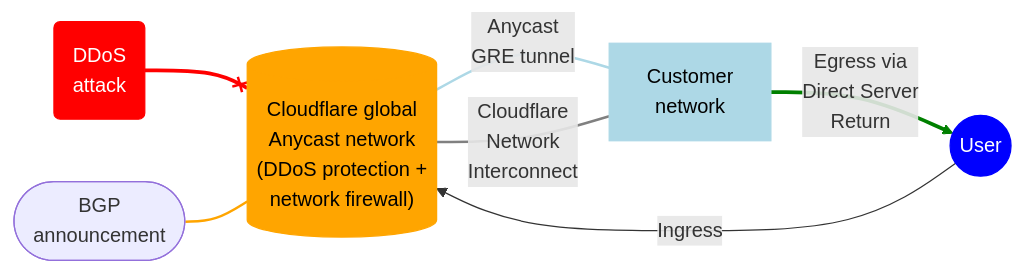
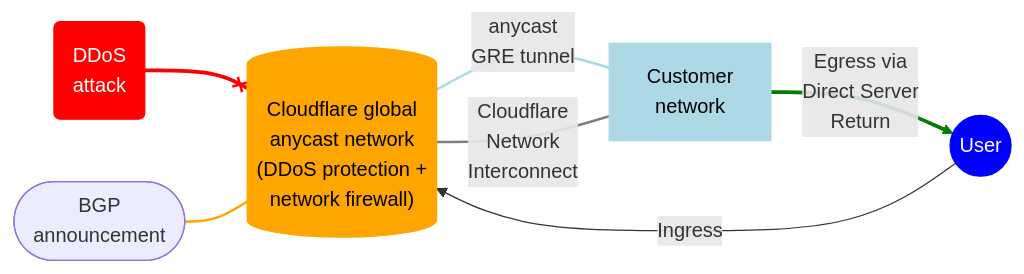
The diagram in content/magic-transit/about.md (cloudflare/cloudflare-docs), drawn with Mermaid before and after one commit. The commit also changed other lines of this file and 13 other files, not shown here.

````diff
--- a/content/magic-transit/about.md
+++ b/content/magic-transit/about.md
@@ -21,28 +21,28 @@
 ```mermaid
 flowchart LR
 accTitle: Magic Transit
 accDescr: Diagram showing how Magic Transit protects traffic on the customer's network.
 
 A(DDoS <br> attack)
-B[("Cloudflare global <br> Anycast network <br> (DDoS protection + <br> network firewall)")]
+B[("Cloudflare global <br> anycast network <br> (DDoS protection + <br> network firewall)")]
 C[Customer <br> network]
 D((User))
 E([BGP <br> announcement])
 
 A --x B
 E --- B
-B-- Anycast <br> GRE tunnel ---C
+B-- anycast <br> GRE tunnel ---C
 B-- Cloudflare <br> Network <br> Interconnect ---C
 C-- Egress via <br> Direct Server <br> Return --> D
 D -- Ingress --> B
 
 style A stroke: red,fill: red,color: white
 style B stroke: orange,fill: orange,color: black
 style C stroke: #ADD8E6,fill: #ADD8E6,color: black
 style D stroke: blue,fill: blue,color: white
 linkStyle 0 stroke-width:3px,stroke:red
 linkStyle 1 stroke-width:2px,stroke:orange
 linkStyle 2 stroke-width:2px,stroke:#ADD8E6
 linkStyle 3 stroke-width:2px,stroke:gray
 linkStyle 4 stroke-width:3px,stroke:green
 ```
````
